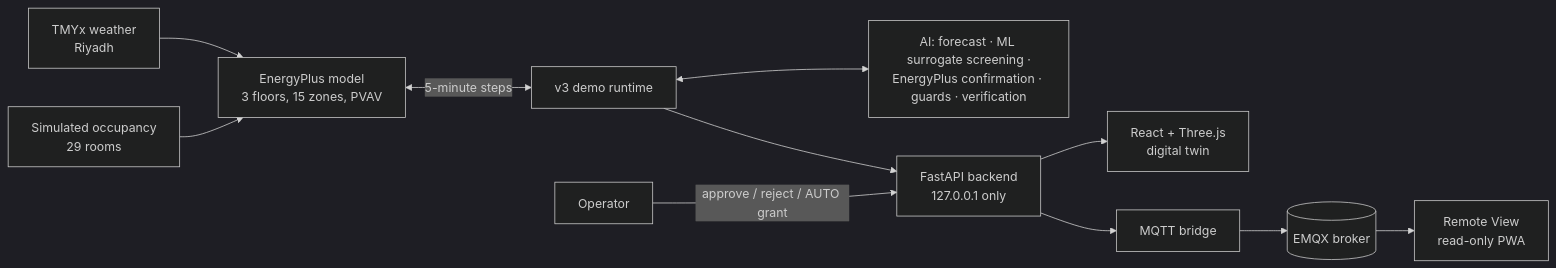
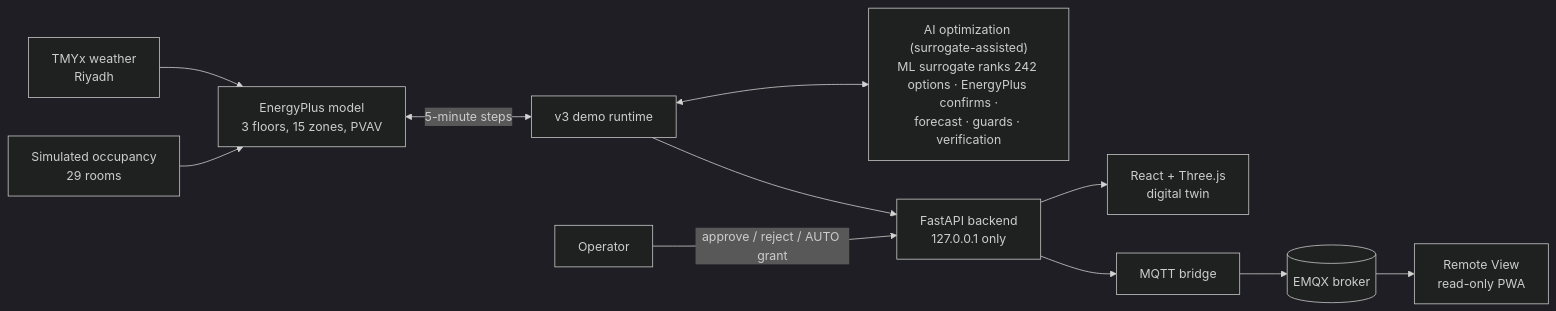
The diagram in README.md (Ahmed-Houari/EnerTwin-showcase), drawn with Mermaid (dark theme) before and after one commit. The commit also changed other lines of this file and 1 other file, not shown here.

Commit message:
README: AI optimization (surrogate-assisted) as the core; forecast, verified savings and occupancy lighting features

````diff
--- a/README.md
+++ b/README.md
@@ -20,11 +20,11 @@
 ```mermaid
 flowchart LR
   EPW[TMYx weather<br/>Riyadh] --> EP
   OCC[Simulated occupancy<br/>29 rooms] --> EP
   EP[EnergyPlus model<br/>3 floors, 15 zones, PVAV] <-->|5-minute steps| RT[v3 demo runtime]
-  RT <--> AI[AI: forecast · ML surrogate screening ·<br/>EnergyPlus confirmation · guards · verification]
+  RT <--> AI["AI optimization (surrogate-assisted)<br/>ML surrogate ranks 242 options · EnergyPlus confirms ·<br/>forecast · guards · verification"]
   RT --> API[FastAPI backend<br/>127.0.0.1 only]
   OP[Operator] -->|approve / reject / AUTO grant| API
   API --> UI[React + Three.js<br/>digital twin]
   API --> BR[MQTT bridge] --> MQ[(EMQX broker)] --> RV[Remote View<br/>read-only PWA]
 ```
````
